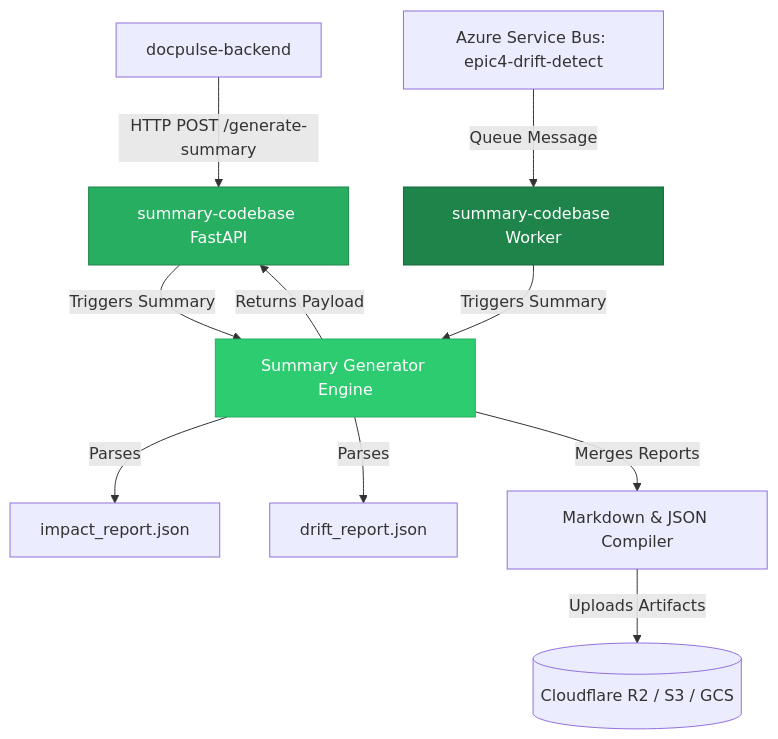
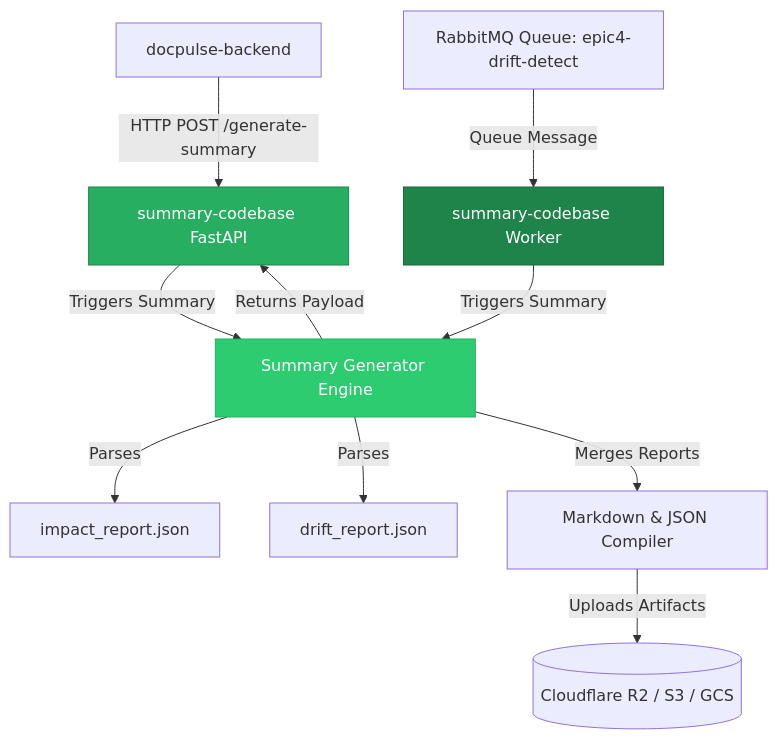
The first of 4 diagrams in README.md (DocPulseAI/summary-codebase), drawn with Mermaid before and after one commit. The commit also changed other lines of this file, not shown here.

Commit message:
docs: remove Azure references, standardize on Render, RabbitMQ, and Redis

````diff
--- a/README.md
+++ b/README.md
@@ -66,18 +66,18 @@
 ```mermaid
 graph TD
     Backend[docpulse-backend] -->|HTTP POST /generate-summary| API[summary-codebase FastAPI]
-    Bus[Azure Service Bus: epic4-drift-detect] -->|Queue Message| Worker[summary-codebase Worker]
+    Bus[RabbitMQ Queue: epic4-drift-detect] -->|Queue Message| Worker[summary-codebase Worker]
 
     API -->|Triggers Summary| Engine[Summary Generator Engine]
     Worker -->|Triggers Summary| Engine
 
     Engine -->|Parses| Impact[impact_report.json]
     Engine -->|Parses| Drift[drift_report.json]
     Engine -->|Merges Reports| Compiler[Markdown & JSON Compiler]
     Compiler -->|Uploads Artifacts| Storage[(Cloudflare R2 / S3 / GCS)]
     Engine -->|Returns Payload| API
 
     style API fill:#27AE60,stroke:#1E8449,color:#fff
     style Worker fill:#1E8449,stroke:#186A3B,color:#fff
     style Engine fill:#2ECC71,stroke:#27AE60,color:#fff
 ```
````
